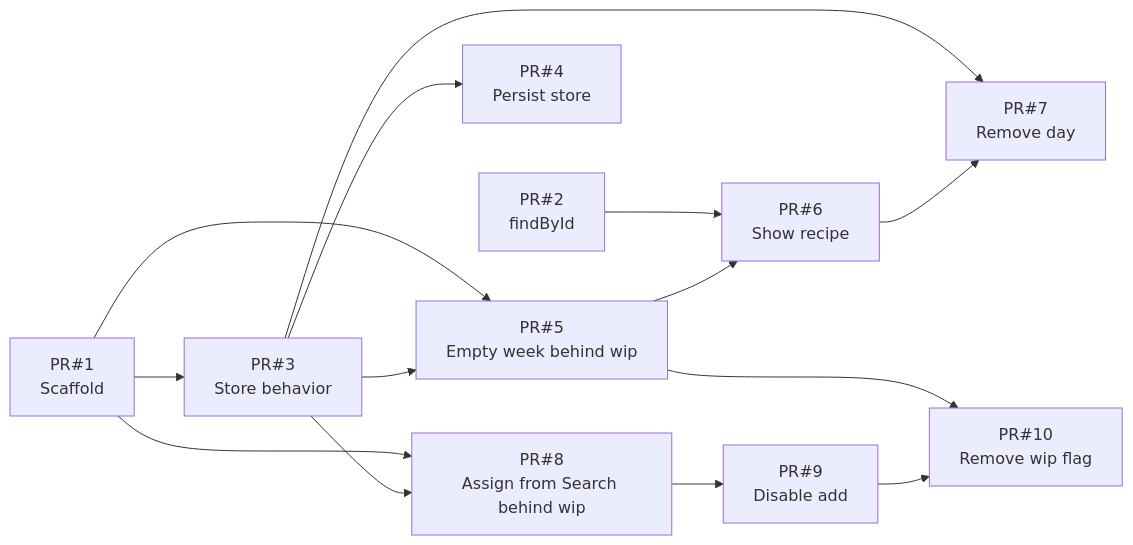
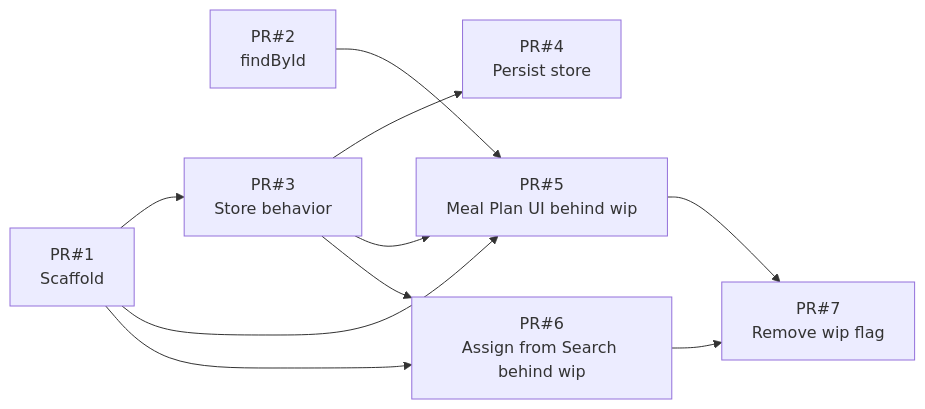
One commit to marmicode/charted-coding-workshop changed the second of 2 diagrams in apps/301-charted-design-solution/workspace/design-docs/001-weekly-meal-plan.md. Above: the diagram before and after it, drawn with Mermaid. The commit also changed other lines of this file, not shown here.

Commit message:
docs(301-charted-design): 📝 consolidate meal plan PR plan to seven PRs

````diff
--- a/apps/301-charted-design-solution/workspace/design-docs/001-weekly-meal-plan.md
+++ b/apps/301-charted-design-solution/workspace/design-docs/001-weekly-meal-plan.md
@@ -64,27 +64,20 @@
 ```mermaid
 flowchart LR
   PR1["PR#1<br>Scaffold"]
   PR2["PR#2<br>findById"]
   PR3["PR#3<br>Store behavior"]
   PR4["PR#4<br>Persist store"]
-  PR5["PR#5<br>Empty week behind wip"]
-  PR6["PR#6<br>Show recipe"]
-  PR7["PR#7<br>Remove day"]
-  PR8["PR#8<br>Assign from Search behind wip"]
-  PR9["PR#9<br>Disable add"]
-  PR10["PR#10<br>Remove wip flag"]
+  PR5["PR#5<br>Meal Plan UI behind wip"]
+  PR6["PR#6<br>Assign from Search behind wip"]
+  PR7["PR#7<br>Remove wip flag"]
 
   PR1 --> PR3
   PR1 --> PR5
-  PR1 --> PR8
+  PR1 --> PR6
   PR3 --> PR4
   PR3 --> PR5
-  PR2 --> PR6
-  PR5 --> PR6
-  PR3 --> PR7
+  PR2 --> PR5
+  PR3 --> PR6
+  PR5 --> PR7
   PR6 --> PR7
-  PR3 --> PR8
-  PR8 --> PR9
-  PR5 --> PR10
-  PR9 --> PR10
 ```
````
